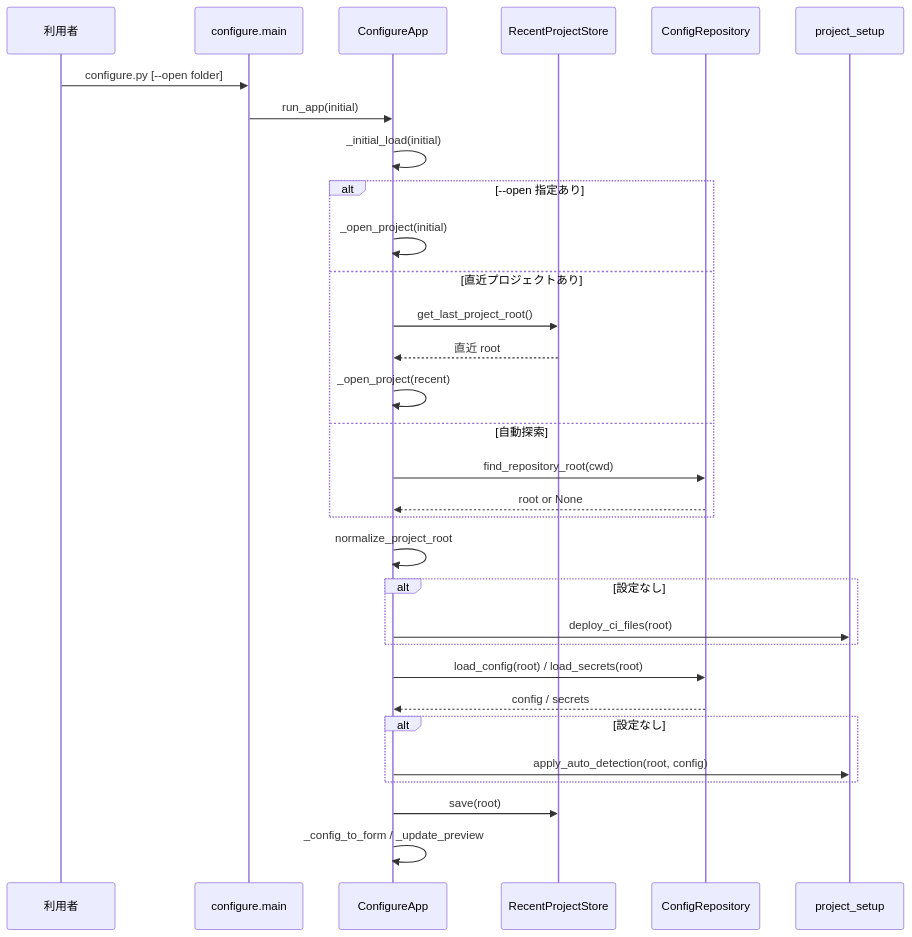
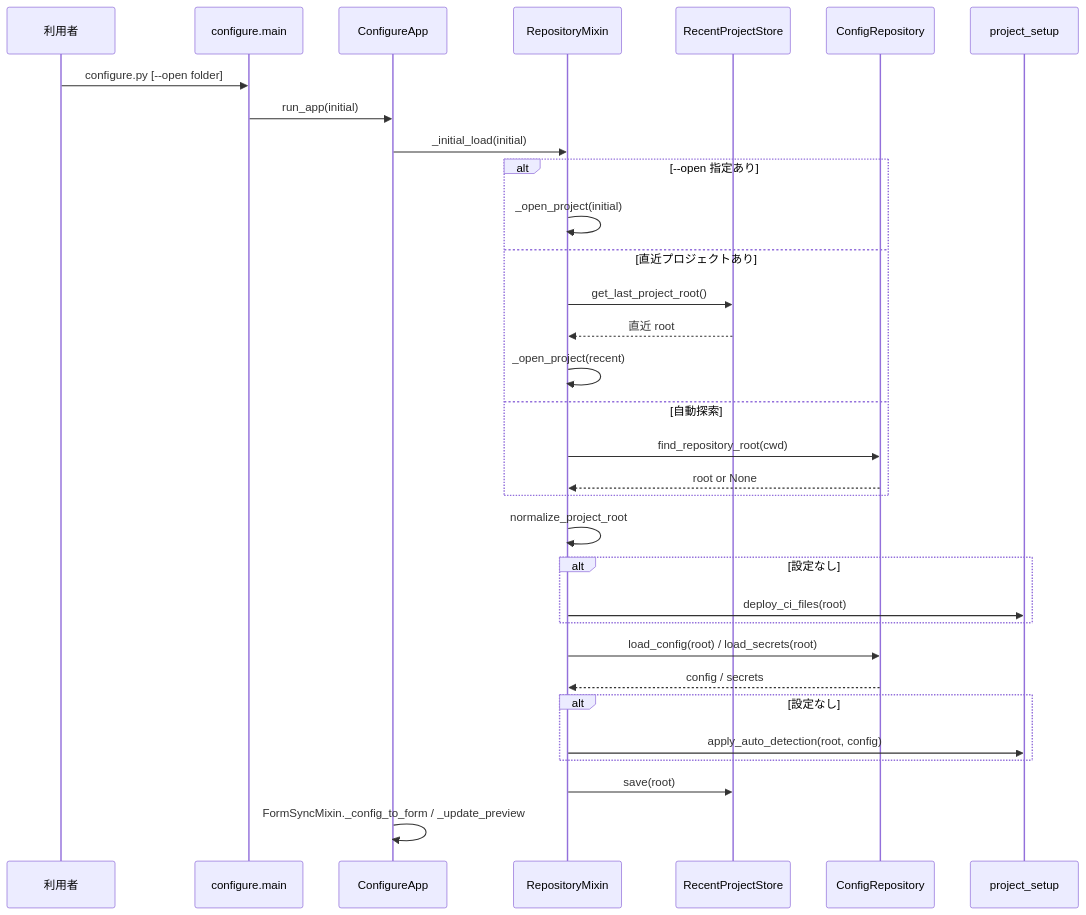
The seventh of 13 diagrams in docs/DESIGN.md (gt-ynakamatsu/ci-setup-tool), drawn with Mermaid before and after one commit. The commit also changed other lines of this file and 3 other files, not shown here.

````diff
--- a/docs/DESIGN.md
+++ b/docs/DESIGN.md
@@ -604,34 +794,35 @@
 ```mermaid
 sequenceDiagram
     participant U as 利用者
     participant M as configure.main
     participant App as ConfigureApp
+    participant RepoM as RepositoryMixin
     participant R as RecentProjectStore
     participant Repo as ConfigRepository
     participant PS as project_setup
 
     U->>M: configure.py [--open folder]
     M->>App: run_app(initial)
-    App->>App: _initial_load(initial)
+    App->>RepoM: _initial_load(initial)
     alt --open 指定あり
-        App->>App: _open_project(initial)
+        RepoM->>RepoM: _open_project(initial)
     else 直近プロジェクトあり
-        App->>R: get_last_project_root()
-        R-->>App: 直近 root
-        App->>App: _open_project(recent)
+        RepoM->>R: get_last_project_root()
+        R-->>RepoM: 直近 root
+        RepoM->>RepoM: _open_project(recent)
     else 自動探索
-        App->>Repo: find_repository_root(cwd)
-        Repo-->>App: root or None
+        RepoM->>Repo: find_repository_root(cwd)
+        Repo-->>RepoM: root or None
     end
-    App->>App: normalize_project_root
+    RepoM->>RepoM: normalize_project_root
     alt 設定なし
-        App->>PS: deploy_ci_files(root)
+        RepoM->>PS: deploy_ci_files(root)
     end
-    App->>Repo: load_config(root) / load_secrets(root)
-    Repo-->>App: config / secrets
+    RepoM->>Repo: load_config(root) / load_secrets(root)
+    Repo-->>RepoM: config / secrets
     alt 設定なし
-        App->>PS: apply_auto_detection(root, config)
+        RepoM->>PS: apply_auto_detection(root, config)
     end
-    App->>R: save(root)
-    App->>App: _config_to_form / _update_preview
+    RepoM->>R: save(root)
+    App->>App: FormSyncMixin._config_to_form / _update_preview
 ```
````
